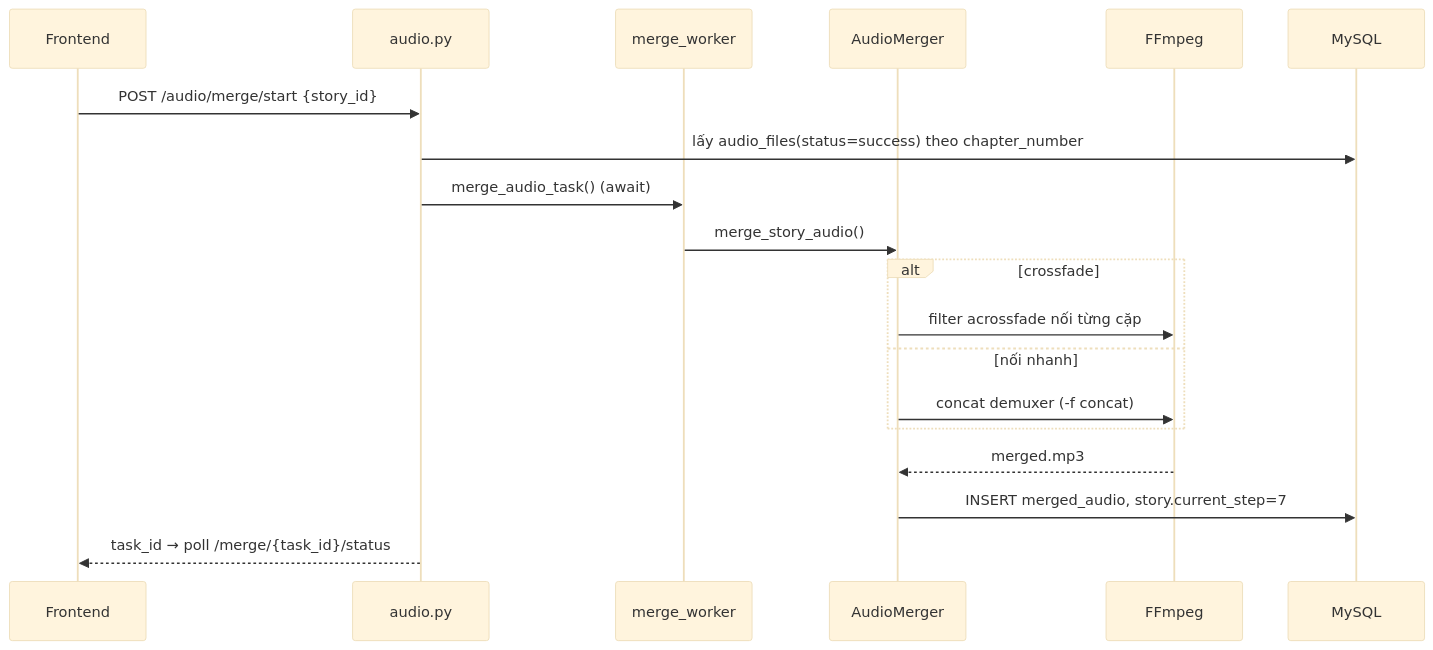
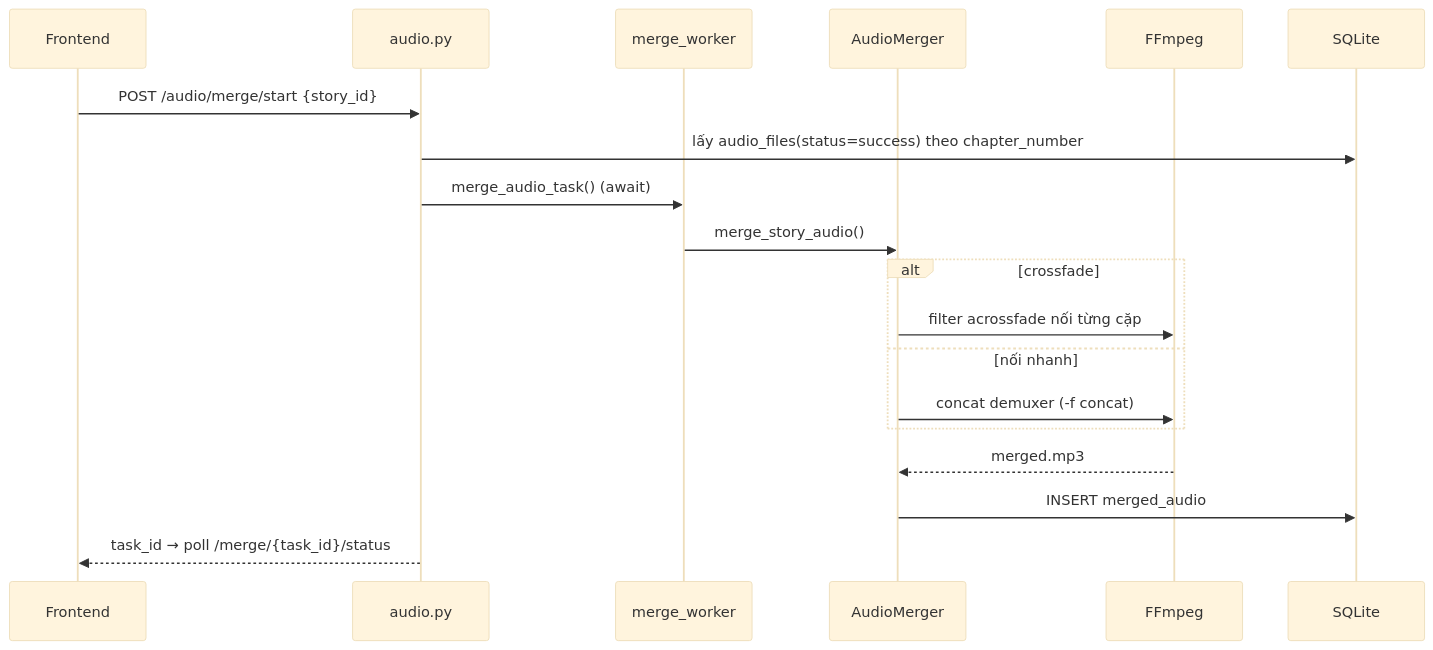
Before and after one commit to Duoclv-tech/App-audio-story: the fifth of 8 diagrams in docs/PROJECT_DOCUMENTATION.md, drawn with Mermaid (base theme). The commit also changed other lines of this file and 4 other files, not shown here.

````diff
--- a/docs/PROJECT_DOCUMENTATION.md
+++ b/docs/PROJECT_DOCUMENTATION.md
@@ -531,22 +583,22 @@
 ```mermaid
 sequenceDiagram
     participant FE as Frontend
     participant API as audio.py
     participant WK as merge_worker
     participant SV as AudioMerger
     participant FF as FFmpeg
-    participant DB as MySQL
+    participant DB as SQLite
 
     FE->>API: POST /audio/merge/start {story_id}
     API->>DB: lấy audio_files(status=success) theo chapter_number
     API->>WK: merge_audio_task() (await)
     WK->>SV: merge_story_audio()
     alt crossfade
         SV->>FF: filter acrossfade nối từng cặp
     else nối nhanh
         SV->>FF: concat demuxer (-f concat)
     end
     FF-->>SV: merged.mp3
-    SV->>DB: INSERT merged_audio, story.current_step=7
+    SV->>DB: INSERT merged_audio
     API-->>FE: task_id → poll /merge/{task_id}/status
 ```
````
